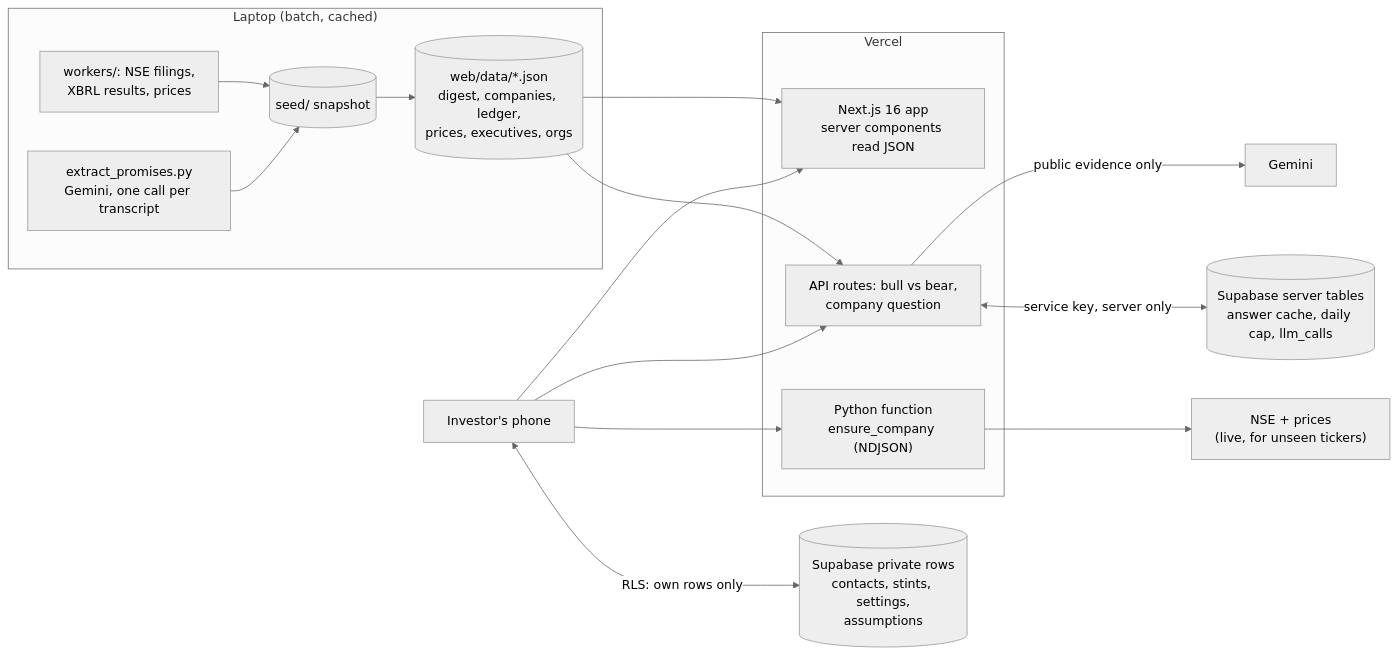
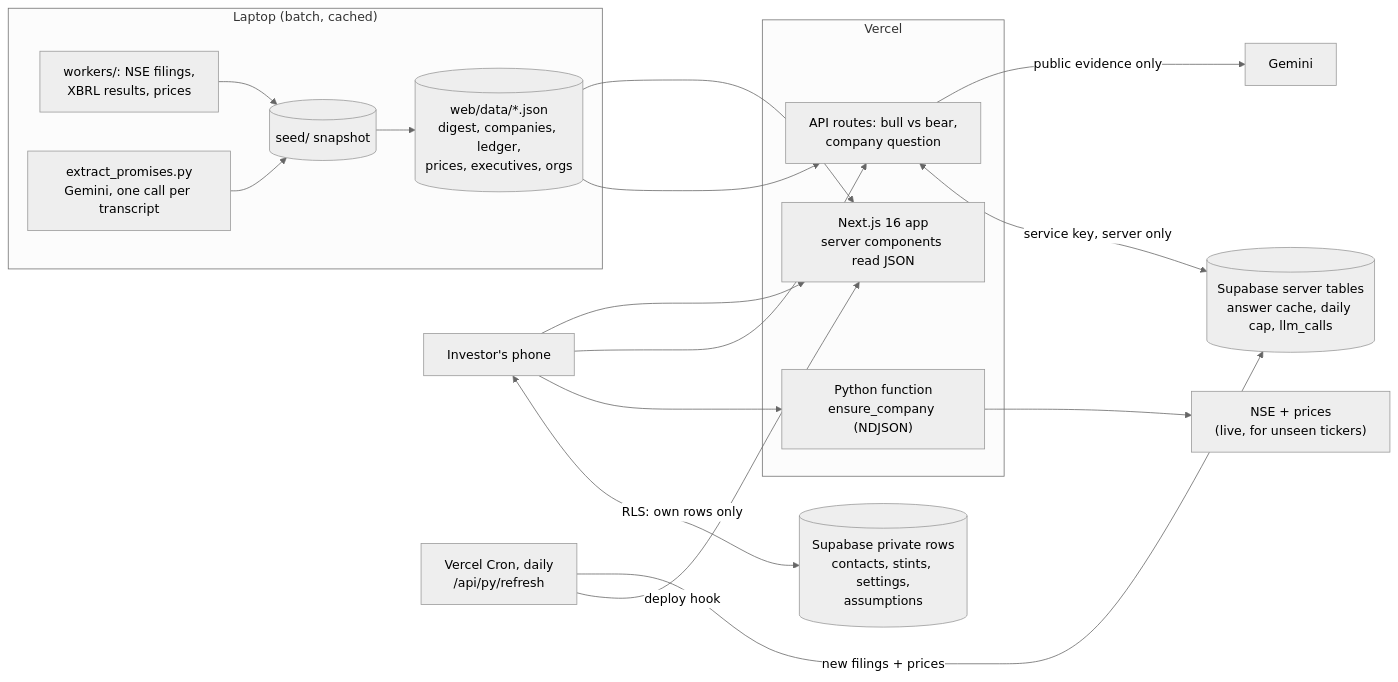
The diagram in README.md (agarwal777/ASSIGNMENT1), drawn with Mermaid (neutral theme) before and after one commit. The commit also changed other lines of this file and 1 other file, not shown here.

Commit message:
README and writeup: the daily cloud refresh (pipeline, cloud, trade-offs, setup, test counts)

````diff
--- a/README.md
+++ b/README.md
@@ -75,22 +75,24 @@
 ```mermaid
 flowchart LR
     subgraph Laptop["Laptop (batch, cached)"]
       W1["workers/: NSE filings,\nXBRL results, prices"] --> SEED[("seed/ snapshot")]
       W2["extract_promises.py\nGemini, one call per transcript"] --> SEED
       SEED --> J[("web/data/*.json\ndigest, companies, ledger,\nprices, executives, orgs")]
     end
     subgraph Vercel
       N["Next.js 16 app\nserver components read JSON"]
       A["API routes: bull vs bear,\ncompany question"]
       P["Python function\nensure_company (NDJSON)"]
     end
     J --> N
     J --> A
     PH["Investor's phone"] --> N
     PH --> A
     PH --> P
     A -->|"public evidence only"| G["Gemini"]
     A <-->|"service key, server only"| SBS[("Supabase server tables\nanswer cache, daily cap, llm_calls")]
     P --> NSE["NSE + prices\n(live, for unseen tickers)"]
+    C["Vercel Cron, daily\n/api/py/refresh"] -->|"new filings + prices"| SBS
+    C -->|"deploy hook"| N
     PH <-->|"RLS: own rows only"| SB[("Supabase private rows\ncontacts, stints, settings,\nassumptions")]
 ```
````
